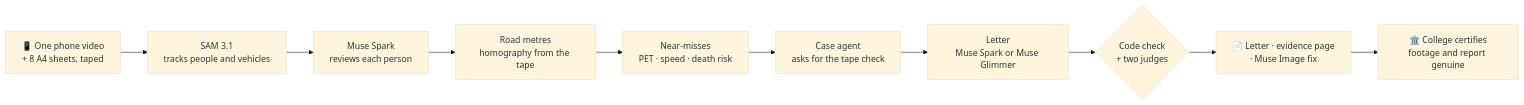
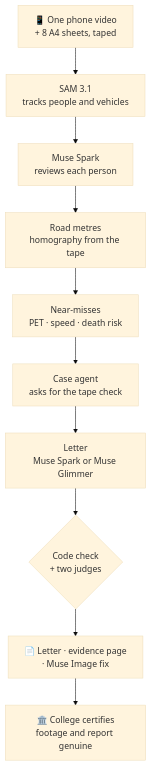
Before and after one commit to shaunmortal/crossing-watch: the diagram in README.md, drawn with Mermaid (base theme). The commit also changed other lines of this file and 5 other files, not shown here.

````diff
--- a/README.md
+++ b/README.md
@@ -111,12 +108,12 @@
 ```mermaid
-flowchart LR
+flowchart TD
   A["📱 One phone video<br/>+ 8 A4 sheets, taped"] --> B["SAM 3.1<br/>tracks people and vehicles"]
   B --> C["Muse Spark<br/>reviews each person"]
   C --> D["Road metres<br/>homography from the tape"]
   D --> E["Near-misses<br/>PET · speed · death risk"]
   E --> F["Case agent<br/>asks for the tape check"]
   F --> G["Letter<br/>Muse Spark or Muse Glimmer"]
   G --> H{"Code check<br/>+ two judges"}
   H --> I["📄 Letter · evidence page<br/>· Muse Image fix"]
   I --> J["🏛️ College certifies<br/>footage and report genuine"]
 ```
````
